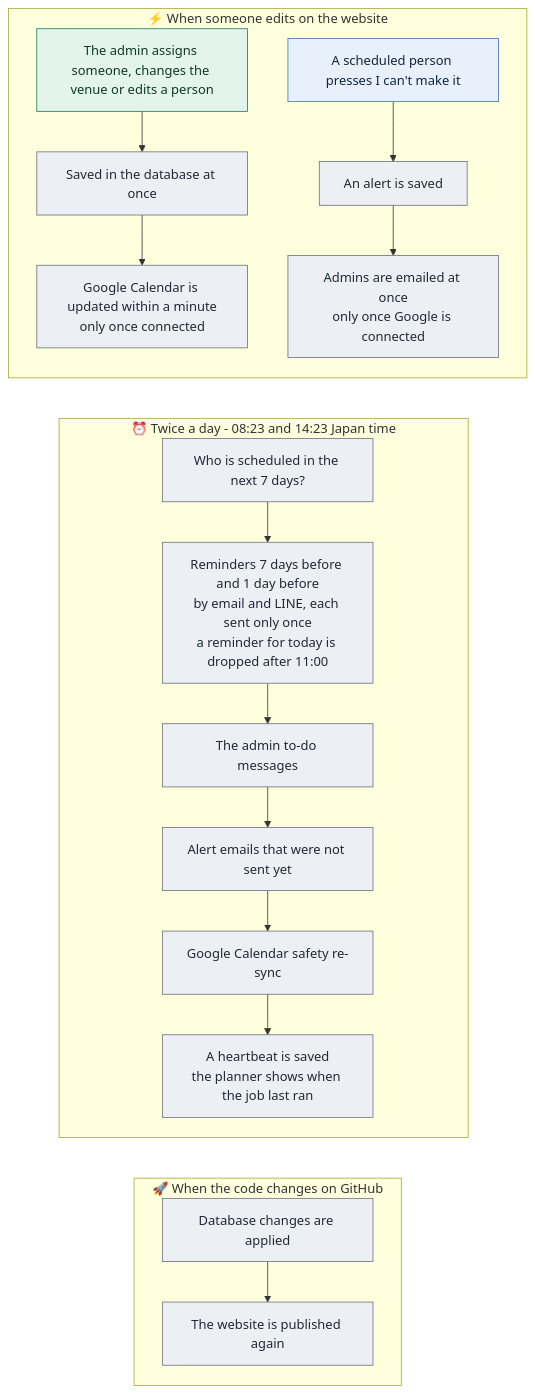
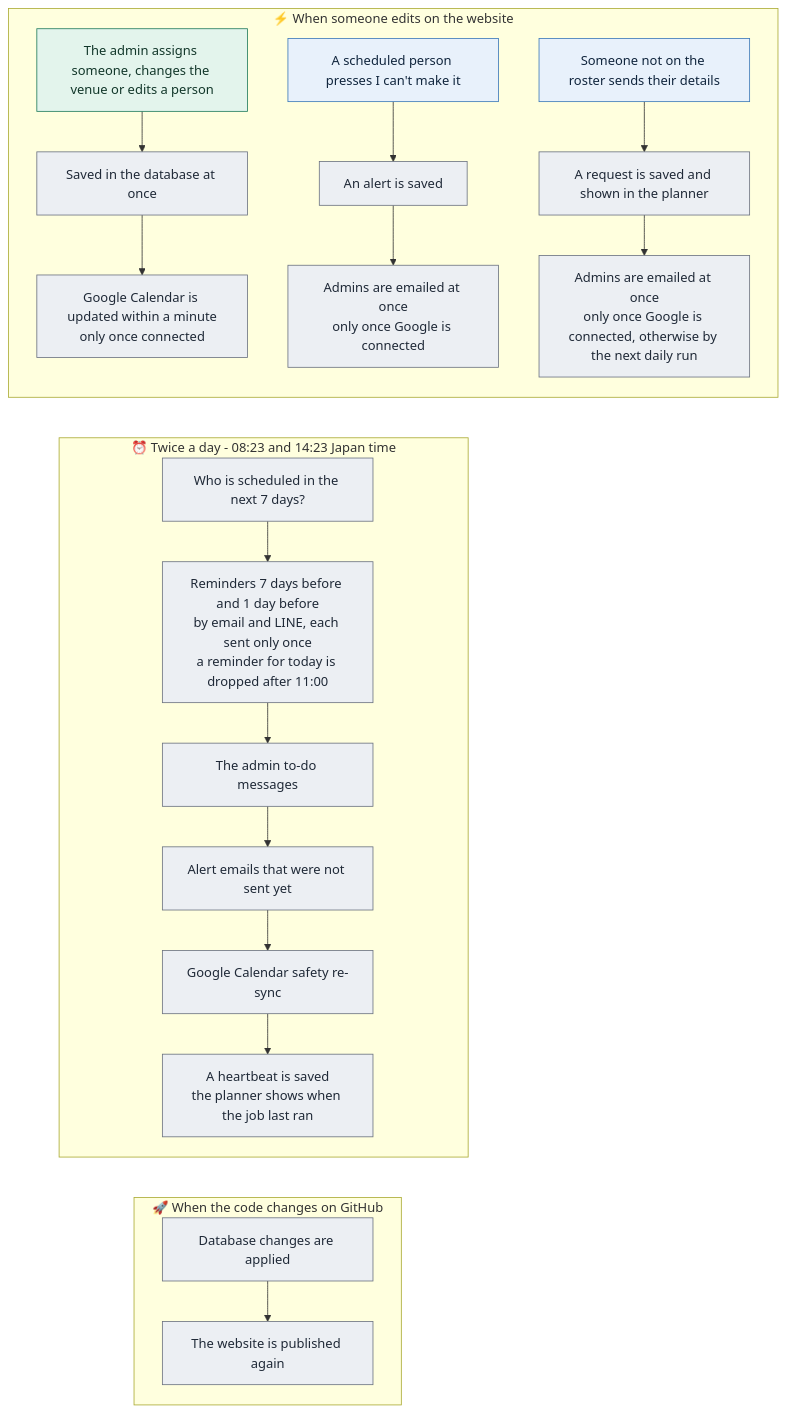
One commit to mushaffarasyidridha/Jumat-Scheduler-NAIST changed the diagram in public/flows/automation.mmd. Above: the diagram before and after it, drawn with Mermaid. The commit also changed 18 other files, not shown here.

First line of the commit message:
"My name isn't listed": people not on the roster send their details to the admin

```diff
--- a/public/flows/automation.mmd
+++ b/public/flows/automation.mmd
@@ -1,30 +1,32 @@
 flowchart TD
   subgraph t1["⚡ When someone edits on the website"]
     E1["The admin assigns someone, changes the venue or edits a person"] --> E2["Saved in the database at once"]
     E2 --> E3["Google Calendar is updated within a minute<br/>only once connected"]
     U1["A scheduled person presses I can't make it"] --> U2["An alert is saved"]
     U2 --> U3["Admins are emailed at once<br/>only once Google is connected"]
+    J1["Someone not on the roster sends their details"] --> J2["A request is saved and shown in the planner"]
+    J2 --> J3["Admins are emailed at once<br/>only once Google is connected, otherwise by the next daily run"]
   end
 
   subgraph t2["⏰ Twice a day - 08:23 and 14:23 Japan time"]
     R1["Who is scheduled in the next 7 days?"] --> R2["Reminders 7 days before and 1 day before<br/>by email and LINE, each sent only once<br/>a reminder for today is dropped after 11:00"]
     R2 --> R3["The admin to-do messages"]
     R3 --> R4["Alert emails that were not sent yet"]
     R4 --> R5["Google Calendar safety re-sync"]
     R5 --> R6["A heartbeat is saved<br/>the planner shows when the job last ran"]
   end
 
   subgraph t3["🚀 When the code changes on GitHub"]
     D1["Database changes are applied"] --> D2["The website is published again"]
   end
 
   E3 ~~~ R1
   U3 ~~~ R1
   R6 ~~~ D1
 
   classDef admin fill:#e3f4ec,stroke:#1f7a5c,color:#12372a
   classDef robot fill:#eceff3,stroke:#6b7280,color:#1f2937
   classDef member fill:#e8f1fb,stroke:#3b78b8,color:#10253d
   class E1 admin
-  class U1 member
-  class E2,E3,U2,U3,R1,R2,R3,R4,R5,R6,D1,D2 robot
+  class U1,J1 member
+  class E2,E3,U2,U3,J2,J3,R1,R2,R3,R4,R5,R6,D1,D2 robot
```
